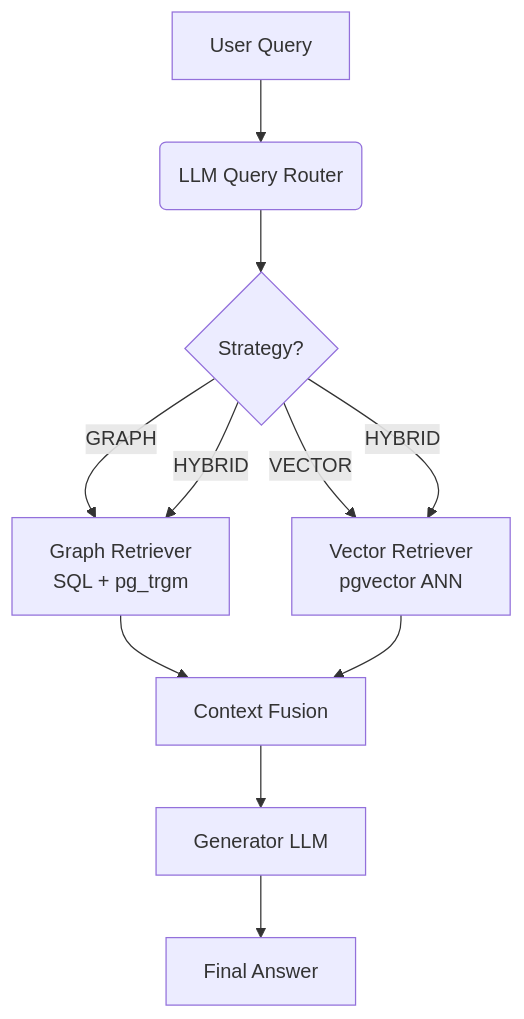
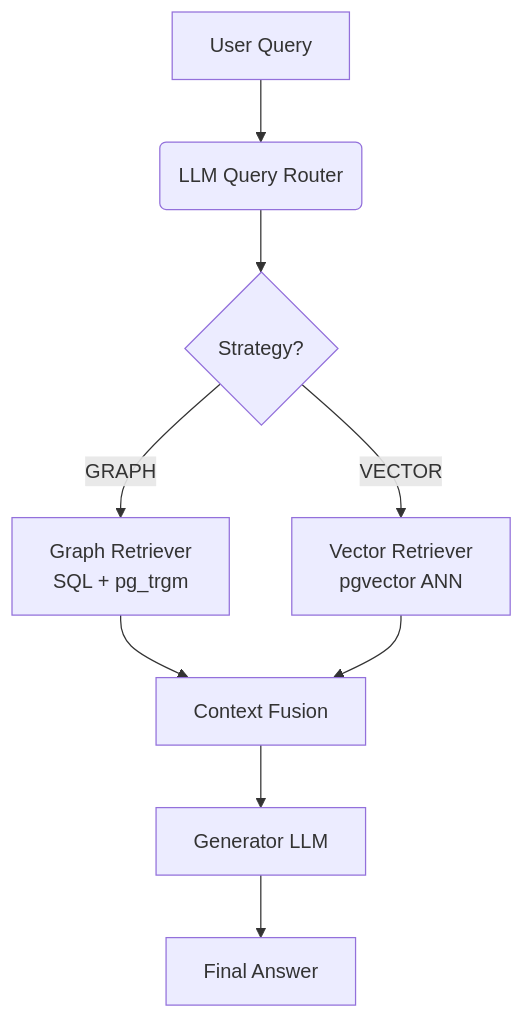
One commit to mohammadimathstar/graphRAG_DocRED changed the diagram in README.md. Above: the diagram before and after it, drawn with Mermaid.

Commit message:
change flowchart

````diff
--- a/README.md
+++ b/README.md
@@ -17,13 +17,11 @@
 ```mermaid
 flowchart TD
     A[User Query] --> B(LLM Query Router)
     B --> C{Strategy?}
     C -->|GRAPH| D[Graph Retriever<br/>SQL + pg_trgm]
     C -->|VECTOR| E[Vector Retriever<br/>pgvector ANN]
-    C -->|HYBRID| D
-    C -->|HYBRID| E
     D --> F[Context Fusion]
     E --> F
     F --> G[Generator LLM]
     G --> H[Final Answer]
 ```
````
